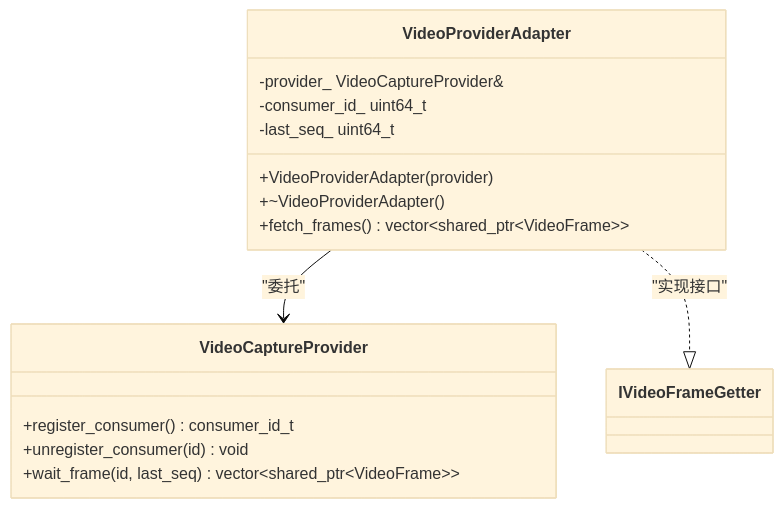
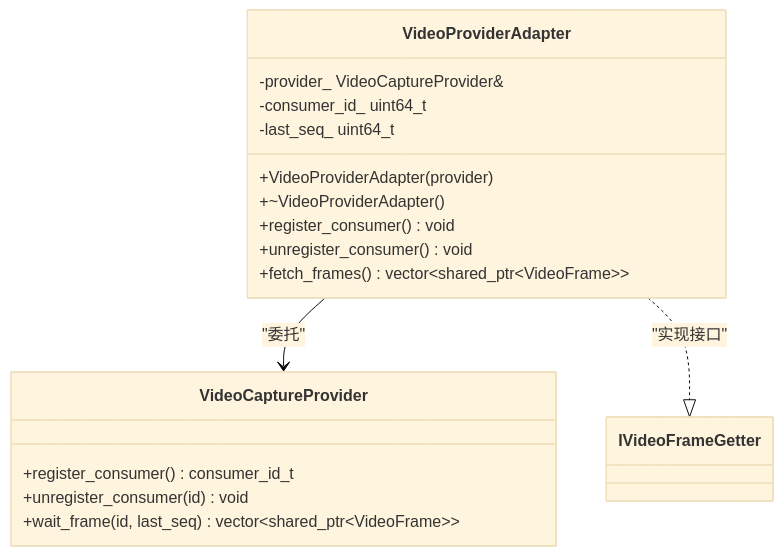
Before and after one commit to tsxuehu/pi-guard: the ninth of 13 diagrams in .qoder/repowiki/zh/content/C++ 代理程序/处理模块/编码器技术文档.md, drawn with Mermaid (base theme). The commit also changed other lines of this file and 10 other files, not shown here.

````diff
--- a/.qoder/repowiki/zh/content/C++ 代理程序/处理模块/编码器技术文档.md
+++ b/.qoder/repowiki/zh/content/C++ 代理程序/处理模块/编码器技术文档.md
@@ -368,18 +391,20 @@
 ```mermaid
 classDiagram
 class VideoProviderAdapter {
 -provider_ VideoCaptureProvider&
 -consumer_id_ uint64_t
 -last_seq_ uint64_t
 +VideoProviderAdapter(provider)
 +~VideoProviderAdapter()
++register_consumer() void
++unregister_consumer() void
 +fetch_frames() vector~shared_ptr~VideoFrame~~
 }
 class VideoCaptureProvider {
 +register_consumer() consumer_id_t
 +unregister_consumer(id) void
 +wait_frame(id, last_seq) vector~shared_ptr~VideoFrame~~
 }
 VideoProviderAdapter --> VideoCaptureProvider : "委托"
 VideoProviderAdapter ..|> IVideoFrameGetter : "实现接口"
 ```
````
